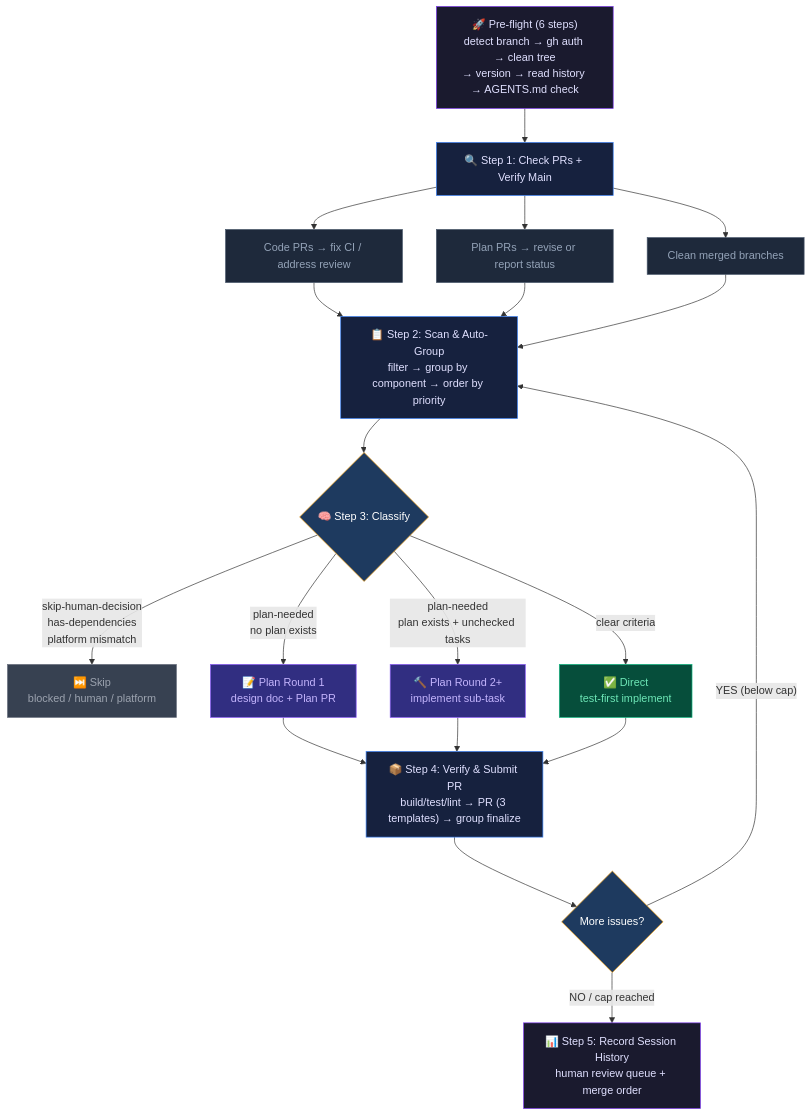
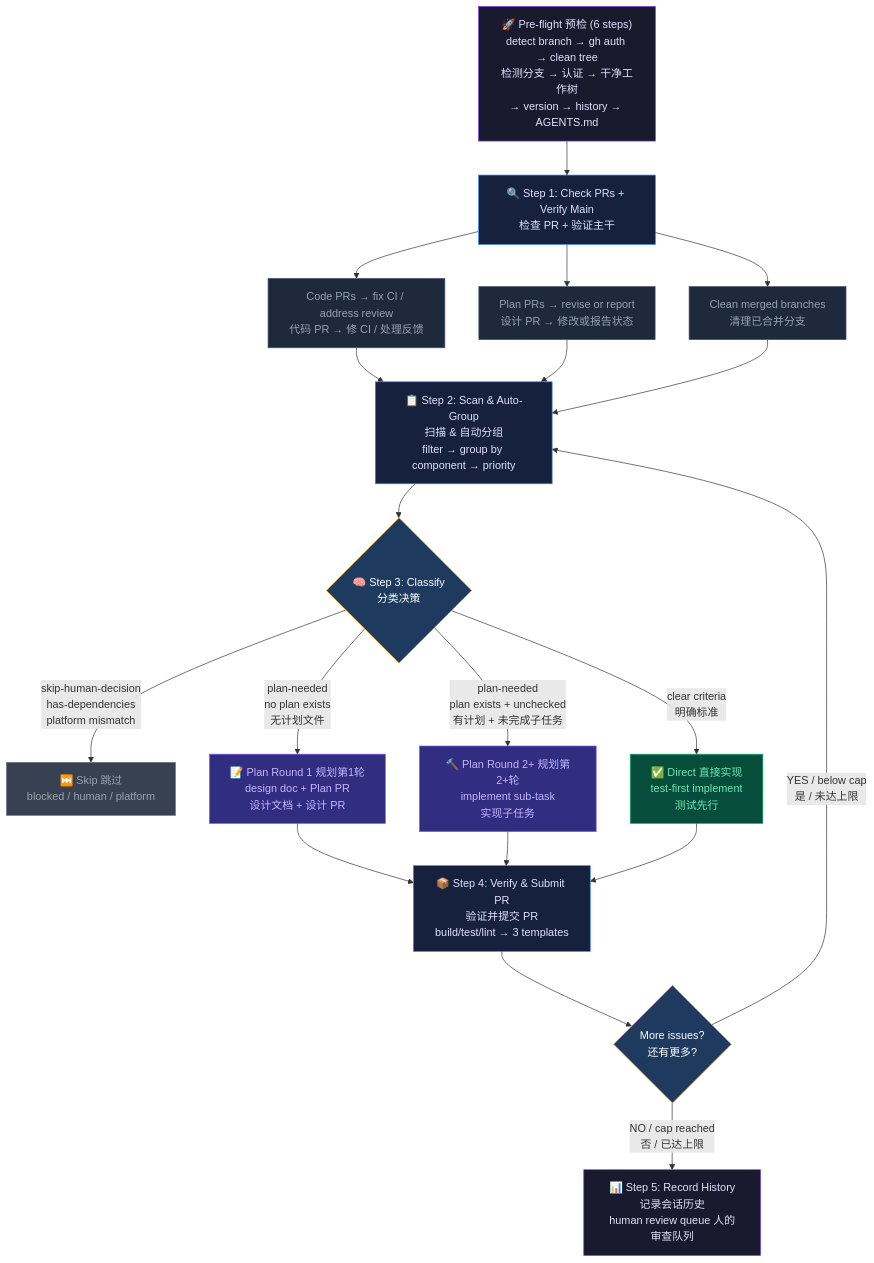
The diagram in README.md (Gzbox/loop-kit), drawn with Mermaid before and after one commit.

Commit message:
feat: add bilingual CN/EN labels to Mermaid flowchart

````diff
--- a/README.md
+++ b/README.md
@@ -82,45 +82,45 @@
 ```mermaid
 flowchart TD
-    PF["🚀 Pre-flight (6 steps)<br/>detect branch → gh auth → clean tree<br/>→ version → read history → AGENTS.md check"]
-    S1["🔍 Step 1: Check PRs + Verify Main"]
-    S1C["Code PRs → fix CI / address review"]
-    S1P["Plan PRs → revise or report status"]
-    S1X["Clean merged branches"]
-    S2["📋 Step 2: Scan & Auto-Group<br/>filter → group by component → order by priority"]
-    S3{"🧠 Step 3: Classify"}
-    SKIP["⏭️ Skip<br/>blocked / human / platform"]
-    PR1["📝 Plan Round 1<br/>design doc + Plan PR"]
-    PR2["🔨 Plan Round 2+<br/>implement sub-task"]
-    DIR["✅ Direct<br/>test-first implement"]
-    S4["📦 Step 4: Verify & Submit PR<br/>build/test/lint → PR (3 templates) → group finalize"]
-    MORE{"More issues?"}
-    S5["📊 Step 5: Record Session History<br/>human review queue + merge order"]
+    PF["🚀 Pre-flight 预检 (6 steps)<br/>detect branch → gh auth → clean tree<br/>检测分支 → 认证 → 干净工作树<br/>→ version → history → AGENTS.md"]
+    S1["🔍 Step 1: Check PRs + Verify Main<br/>检查 PR + 验证主干"]
+    S1C["Code PRs → fix CI / address review<br/>代码 PR → 修 CI / 处理反馈"]
+    S1P["Plan PRs → revise or report<br/>设计 PR → 修改或报告状态"]
+    S1X["Clean merged branches<br/>清理已合并分支"]
+    S2["📋 Step 2: Scan & Auto-Group<br/>扫描 & 自动分组<br/>filter → group by component → priority"]
+    S3{"🧠 Step 3: Classify<br/>分类决策"}
+    SKIP["⏭️ Skip 跳过<br/>blocked / human / platform"]
+    PR1["📝 Plan Round 1 规划第1轮<br/>design doc + Plan PR<br/>设计文档 + 设计 PR"]
+    PR2["🔨 Plan Round 2+ 规划第2+轮<br/>implement sub-task<br/>实现子任务"]
+    DIR["✅ Direct 直接实现<br/>test-first implement<br/>测试先行"]
+    S4["📦 Step 4: Verify & Submit PR<br/>验证并提交 PR<br/>build/test/lint → 3 templates"]
+    MORE{"More issues?<br/>还有更多?"}
+    S5["📊 Step 5: Record History<br/>记录会话历史<br/>human review queue 人的审查队列"]
 
     PF --> S1
     S1 --> S1C & S1P & S1X
     S1C & S1P & S1X --> S2
     S2 --> S3
     S3 -->|"skip-human-decision<br/>has-dependencies<br/>platform mismatch"| SKIP
-    S3 -->|"plan-needed<br/>no plan exists"| PR1
-    S3 -->|"plan-needed<br/>plan exists + unchecked tasks"| PR2
-    S3 -->|"clear criteria"| DIR
+    S3 -->|"plan-needed<br/>no plan exists<br/>无计划文件"| PR1
+    S3 -->|"plan-needed<br/>plan exists + unchecked<br/>有计划 + 未完成子任务"| PR2
+    S3 -->|"clear criteria<br/>明确标准"| DIR
     PR1 & PR2 & DIR --> S4
     S4 --> MORE
-    MORE -->|"YES (below cap)"| S2
-    MORE -->|"NO / cap reached"| S5
+    MORE -->|"YES / below cap<br/>是 / 未达上限"| S2
+    MORE -->|"NO / cap reached<br/>否 / 已达上限"| S5
 
     style PF fill:#1a1a2e,color:#e0e0ff,stroke:#7c3aed
     style S1 fill:#16213e,color:#e0e0ff,stroke:#3b82f6
     style S2 fill:#16213e,color:#e0e0ff,stroke:#3b82f6
     style S3 fill:#1e3a5f,color:#fff,stroke:#f59e0b
     style SKIP fill:#374151,color:#9ca3af,stroke:#6b7280
     style PR1 fill:#312e81,color:#c4b5fd,stroke:#8b5cf6
     style PR2 fill:#312e81,color:#c4b5fd,stroke:#8b5cf6
     style DIR fill:#064e3b,color:#6ee7b7,stroke:#10b981
     style S4 fill:#16213e,color:#e0e0ff,stroke:#3b82f6
     style MORE fill:#1e3a5f,color:#fff,stroke:#f59e0b
     style S5 fill:#1a1a2e,color:#e0e0ff,stroke:#7c3aed
     style S1C fill:#1e293b,color:#94a3b8,stroke:#475569
     style S1P fill:#1e293b,color:#94a3b8,stroke:#475569
     style S1X fill:#1e293b,color:#94a3b8,stroke:#475569
 ```
````
